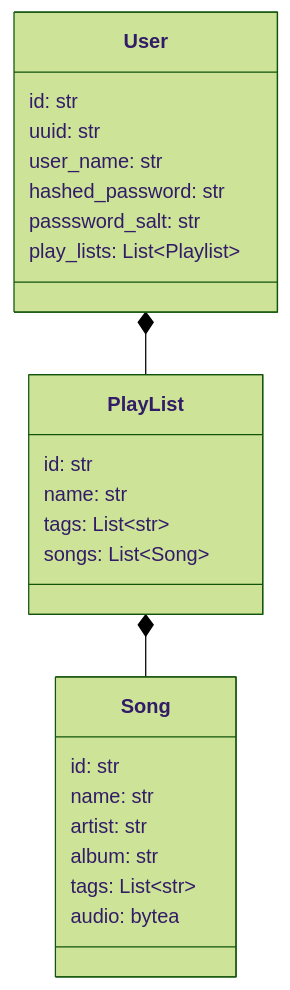
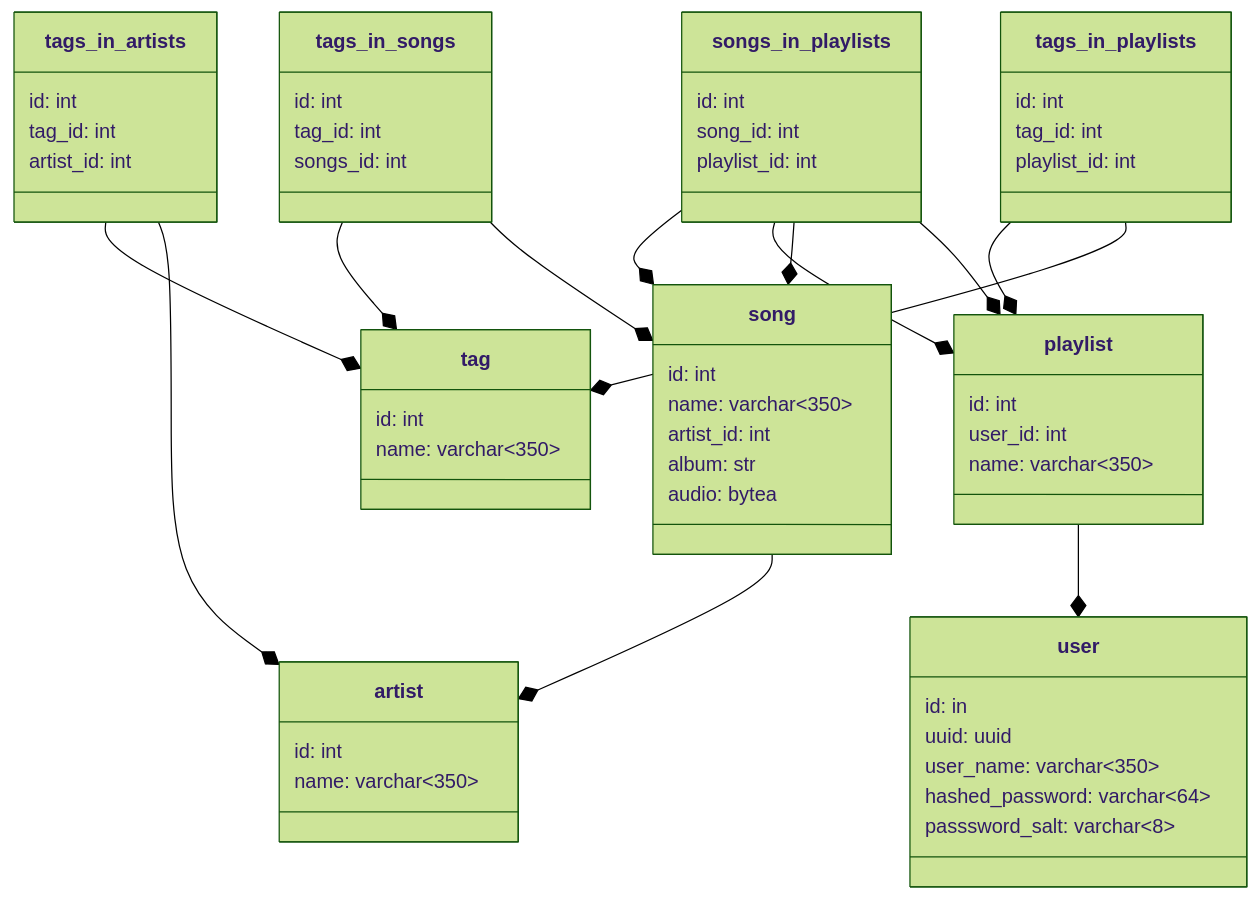
The diagram in README.md (theglobehead/playlist-app-with-fastapi-react), drawn with Mermaid (forest theme) before and after one commit. The commit also changed other lines of this file, not shown here.

Commit message:
updated db diagram

````diff
--- a/README.md
+++ b/README.md
@@ -3,30 +5,76 @@
 ```mermaid
 classDiagram
-    class User{
-        id: str
-        uuid: str
-        user_name: str
-        hashed_password: str
-        passsword_salt: str
-        play_lists: List~Playlist~
+    class user{
+        id: in
+        uuid: uuid
+        user_name: varchar<350>
+        hashed_password: varchar<64>
+        passsword_salt: varchar<8>
     }
 
-    class PlayList{
-        id: str
-        name: str
-        tags: List~str~
-        songs: List~Song~
+    class playlist{
+        id: int
+        user_id: int
+        name: varchar<350>
     }
 
-    class Song{
-        id: str
-        name: str
-        artist: str
+    class song{
+        id: int
+        name: varchar<350>
+        artist_id: int
         album: str
-        tags: List~str~
         audio: bytea
     }
 
-    User *-- PlayList
-    PlayList *-- Song
+    class artist{
+        id: int
+        name: varchar<350>
+    }
+
+    class tag{
+        id: int
+        name: varchar<350>
+    }
+
+    class tags_in_artists{
+        id: int
+        tag_id: int
+        artist_id: int
+    }
+
+    class tags_in_songs{
+        id: int
+        tag_id: int
+        songs_id: int
+    }
+
+    class tags_in_playlists{
+        id: int
+        tag_id: int
+        playlist_id: int
+    }
+
+    class songs_in_playlists{
+        id: int
+        song_id: int
+        playlist_id: int
+    }
+
+    songs_in_playlists --* song
+    songs_in_playlists --* playlist
+
+    tags_in_playlists --* playlist
+    tags_in_playlists --* tag
+
+    tags_in_songs --* tag
+    tags_in_songs --* song
+
+    tags_in_artists --* tag
+    tags_in_artists --* artist
+
+    songs_in_playlists --* song
+    songs_in_playlists --* playlist
+
+    playlist --* user
+    song --* artist
 ```
````
